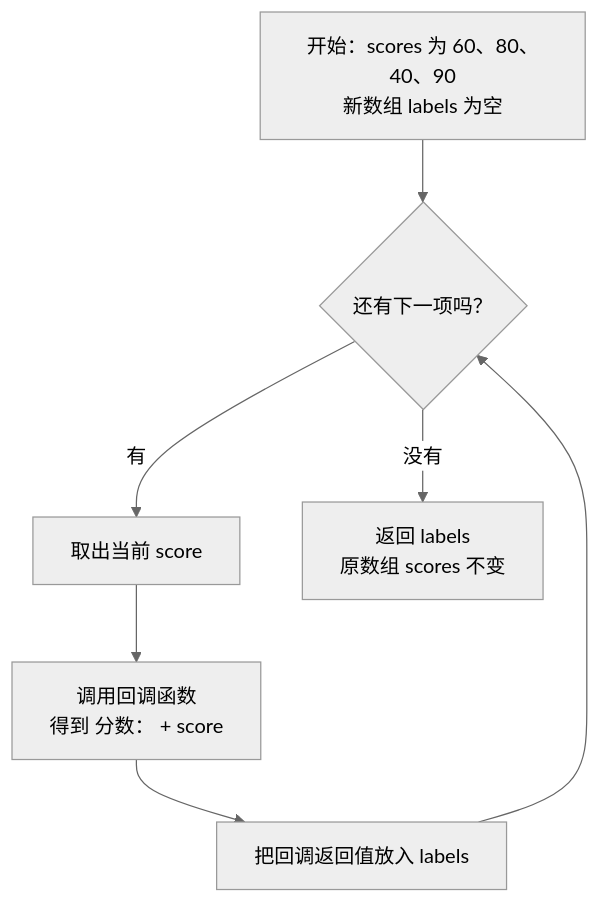
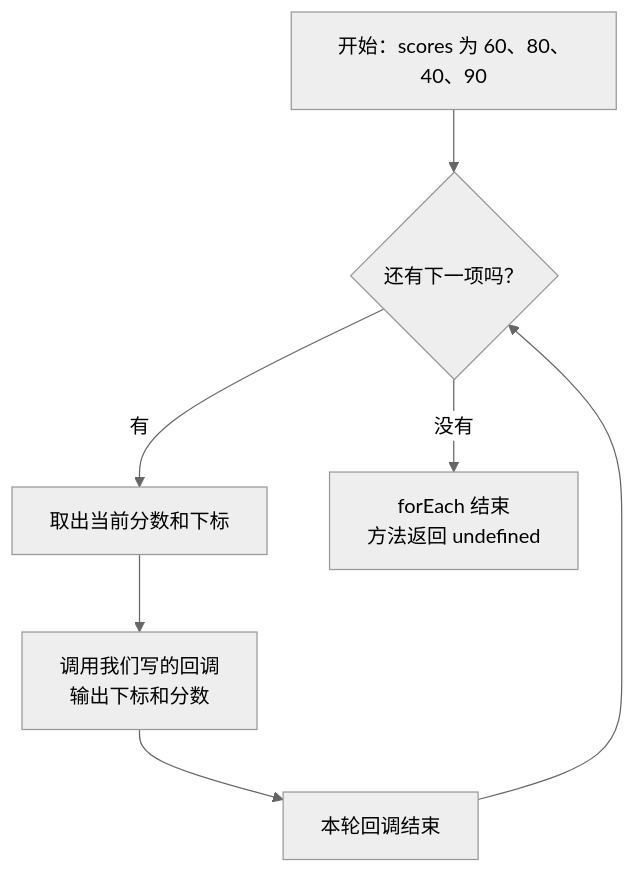
The diagram in docs/frontend/JavaScript/08_array_callback_methods.md (ansin-lin/vitePressDocument), drawn with Mermaid (neutral theme) before and after one commit. The commit also changed other lines of this file and 2 other files, not shown here.

Commit message:
Reorder array callback chapter around forEach

````diff
--- a/docs/frontend/JavaScript/08_array_callback_methods.md
+++ b/docs/frontend/JavaScript/08_array_callback_methods.md
@@ -174,9 +50,9 @@
 ```mermaid
 flowchart TD
-    A[开始：scores 为 60、80、40、90<br/>新数组 labels 为空] --> B{还有下一项吗？}
-    B -->|有| C[取出当前 score]
-    C --> D[调用回调函数<br/>得到 分数： + score]
-    D --> E[把回调返回值放入 labels]
+    A[开始：scores 为 60、80、40、90] --> B{还有下一项吗？}
+    B -->|有| C[取出当前分数和下标]
+    C --> D[调用我们写的回调<br/>输出下标和分数]
+    D --> E[本轮回调结束]
     E --> B
-    B -->|没有| F[返回 labels<br/>原数组 scores 不变]
+    B -->|没有| F[forEach 结束<br/>方法返回 undefined]
 ```
````
